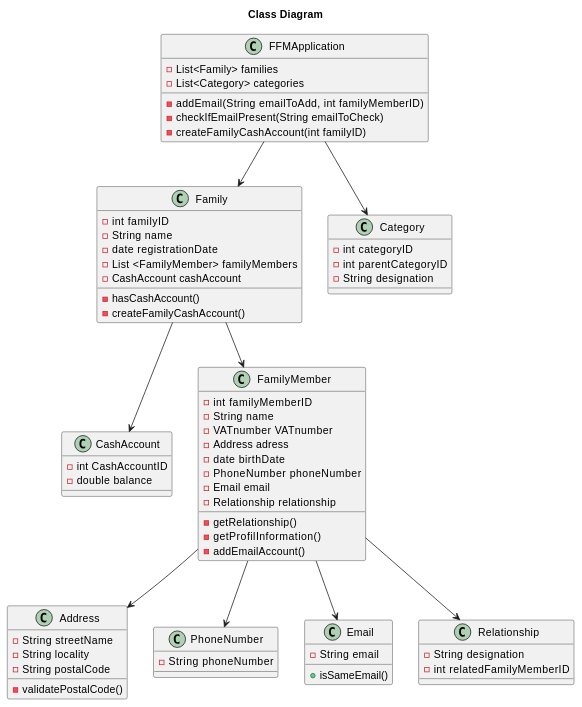
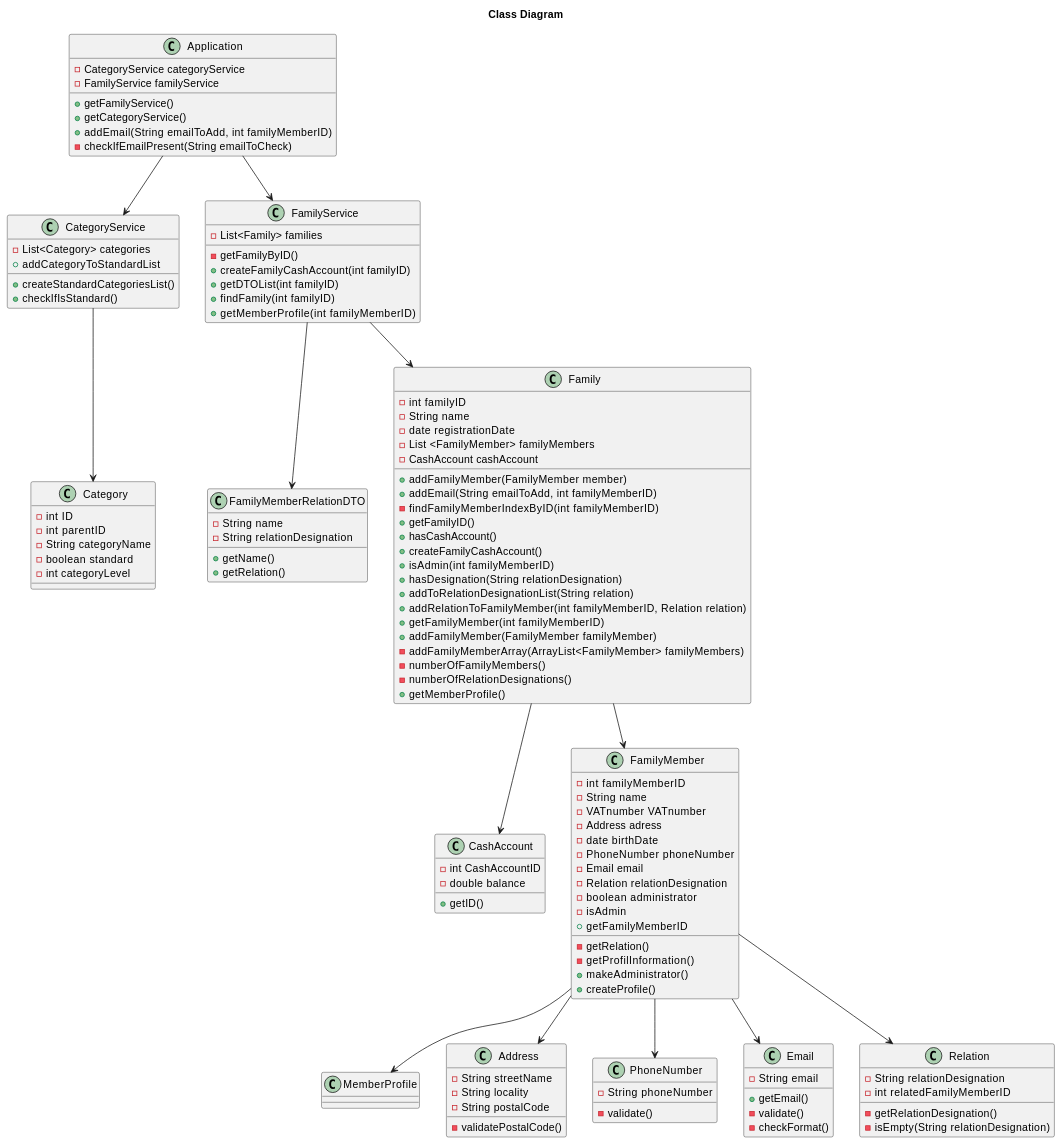
Before and after one commit to tomas-osswald/switch_2020_g3: the diagram in docs/ClassDiagram.md, drawn with PlantUML. The commit also changed 1 other file, not shown here.

Commit message:
Changes to ClassDiagram.md

````diff
--- a/docs/ClassDiagram.md
+++ b/docs/ClassDiagram.md
@@ -5,12 +4,44 @@
 ```puml
 title Class Diagram
 
-class FFMApplication {
+class Application {
+  - CategoryService categoryService
+  - FamilyService familyService
+  + getFamilyService()
+  + getCategoryService()
+  + addEmail(String emailToAdd, int familyMemberID)
+  - checkIfEmailPresent(String emailToCheck)
+}
+
+class CategoryService {
+  - List<Category> categories
+  + createStandardCategoriesList()
+  + checkIfIsStandard()
+  + addCategoryToStandardList
+}
+
+class Category {
+  - int ID
+  - int parentID
+  - String categoryName
+  - boolean standard
+  - int categoryLevel
+}
+
+class FamilyService {
   - List<Family> families
-  - List<Category> categories
-  - addEmail(String emailToAdd, int familyMemberID)
-  - checkIfEmailPresent(String emailToCheck)
-  - createFamilyCashAccount(int familyID)
+  - getFamilyByID()
+  + createFamilyCashAccount(int familyID)
+  + getDTOList(int familyID)
+  + findFamily(int familyID)
+  + getMemberProfile(int familyMemberID)
+}
+
+class FamilyMemberRelationDTO {
+  - String name
+  - String relationDesignation
+  + getName()
+  + getRelation()
 }
 
 class Family {
@@ -19,19 +50,28 @@
   - date registrationDate
   - List <FamilyMember> familyMembers
   - CashAccount cashAccount
-  - hasCashAccount()
-  - createFamilyCashAccount()
-}
-
-class Category {
-  - int categoryID
-  - int parentCategoryID
-  - String designation
+  + addFamilyMember(FamilyMember member)
+  + addEmail(String emailToAdd, int familyMemberID)
+  - findFamilyMemberIndexByID(int familyMemberID)
+  + getFamilyID()
+  + hasCashAccount()
+  + createFamilyCashAccount()
+  + isAdmin(int familyMemberID)
+  + hasDesignation(String relationDesignation)
+  + addToRelationDesignationList(String relation)
+  + addRelationToFamilyMember(int familyMemberID, Relation relation)
+  + getFamilyMember(int familyMemberID)
+  + addFamilyMember(FamilyMember familyMember)
+  - addFamilyMemberArray(ArrayList<FamilyMember> familyMembers)
+  - numberOfFamilyMembers()
+  - numberOfRelationDesignations()
+  + getMemberProfile()
 }
 
 class CashAccount {
   - int CashAccountID
   - double balance
+  + getID()
 }
 
 class FamilyMember {
@@ -42,10 +82,18 @@
   - date birthDate
   - PhoneNumber phoneNumber
   - Email email
-  - Relationship relationship
-  - getRelationship()
+  - Relation relationDesignation
+  - boolean administrator
+  - getRelation()
   - getProfilInformation()
-  - addEmailAccount()
+  + makeAdministrator()
+  - isAdmin
+  + getFamilyMemberID
+  + createProfile()  
+}
+
+class MemberProfile {
+  
 }
 
 class Address {
@@ -57,16 +105,21 @@
 
 class PhoneNumber {
   - String phoneNumber
+  - validate()
 }
 
 class Email {
   - String email
-  + isSameEmail()
+  + getEmail()
+  - validate()
+  - checkFormat()
 }
 
-class Relationship {
-  - String designation
+class Relation {
+  - String relationDesignation
   - int relatedFamilyMemberID
+  - getRelationDesignation()
+  - isEmpty(String relationDesignation)
 }
 
 Family --> CashAccount
@@ -74,7 +127,11 @@
 FamilyMember --> Address
 FamilyMember --> PhoneNumber
 FamilyMember --> Email
-FFMApplication --> Family
-FFMApplication --> Category
-FamilyMember --> Relationship
+Application --> FamilyService
+FamilyService --> FamilyMemberRelationDTO
+FamilyService --> Family
+Application --> CategoryService
+CategoryService --> Category
+FamilyMember --> Relation
+FamilyMember --> MemberProfile
 ```
````
